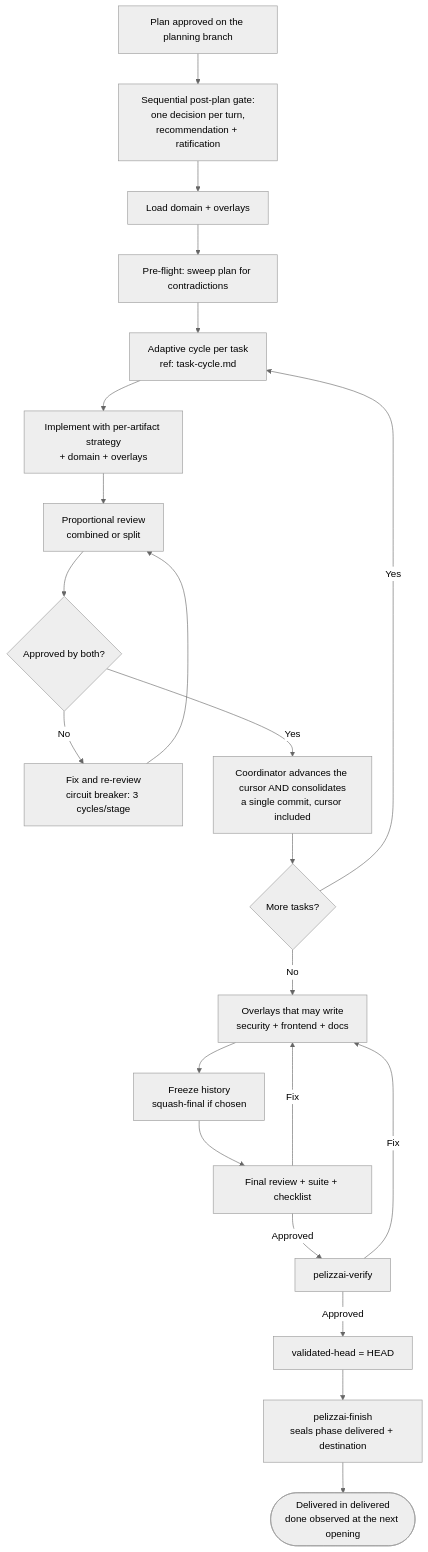
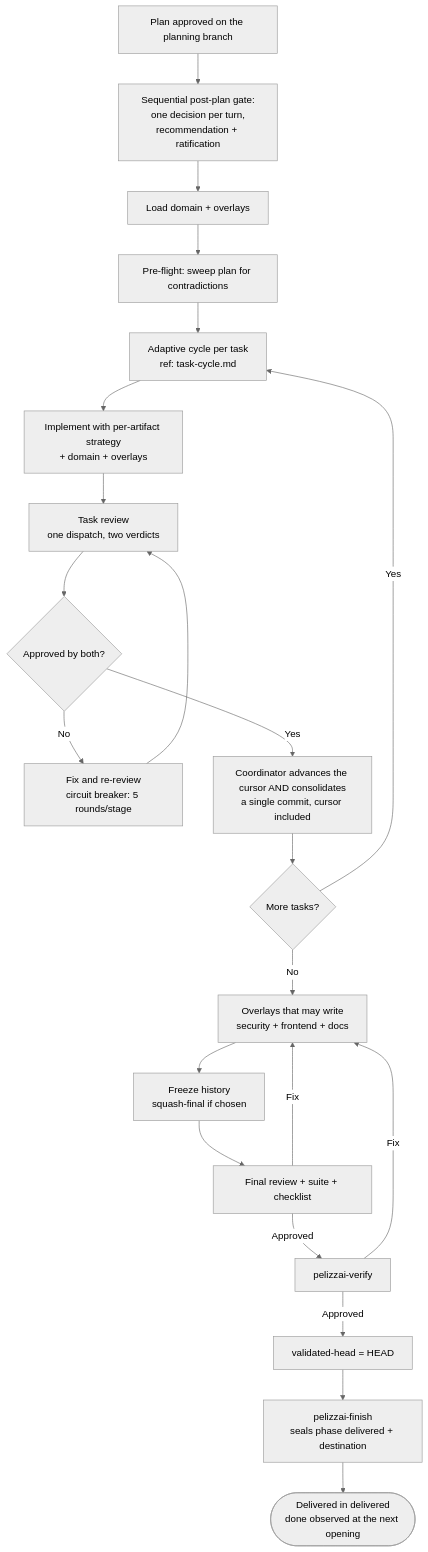
Before and after one commit to rpelizza/PelizzAI: the diagram in .claude/skills/pelizzai-execute/SKILL.md, drawn with Mermaid (neutral theme). The commit also changed other lines of this file and 55 other files, not shown here.

First line of the commit message:
feat(execution): v3 slice 3 — five-round fix loop with a breaker, one-dispatch task review, tier by role, scoped tests

````diff
--- a/.claude/skills/pelizzai-execute/SKILL.md
+++ b/.claude/skills/pelizzai-execute/SKILL.md
@@ -238,24 +250,24 @@
 ```mermaid
 flowchart TD
     PL[Plan approved on the planning branch] --> GATE[Sequential post-plan gate:\none decision per turn,\nrecommendation + ratification]
     GATE --> DOM[Load domain + overlays]
     DOM --> PRE[Pre-flight: sweep plan for contradictions]
     PRE --> CY[Adaptive cycle per task\nref: task-cycle.md]
     CY --> T[Implement with per-artifact strategy\n+ domain + overlays]
-    T --> RV[Proportional review\ncombined or split]
+    T --> RV[Task review\none dispatch, two verdicts]
     RV --> Q{Approved by both?}
-    Q -- No --> FX[Fix and re-review\ncircuit breaker: 3 cycles/stage]
+    Q -- No --> FX[Fix and re-review\ncircuit breaker: 5 rounds/stage]
     FX --> RV
     Q -- Yes --> CM[Coordinator advances the cursor AND consolidates\na single commit, cursor included]
     CM --> MORE{More tasks?}
     MORE -- Yes --> CY
     MORE -- No --> OV[Overlays that may write\nsecurity + frontend + docs]
     OV --> CONS[Freeze history\nsquash-final if chosen]
     CONS --> VAL[Final review + suite + checklist]
     VAL -- Fix --> OV
     VAL -- Approved --> VC[pelizzai-verify]
     VC -- Fix --> OV
     VC -- Approved --> SEAL[validated-head = HEAD]
     SEAL --> FIN[pelizzai-finish\nseals phase delivered + destination]
     FIN --> done([Delivered in delivered\ndone observed at the next opening])
 ```
````
